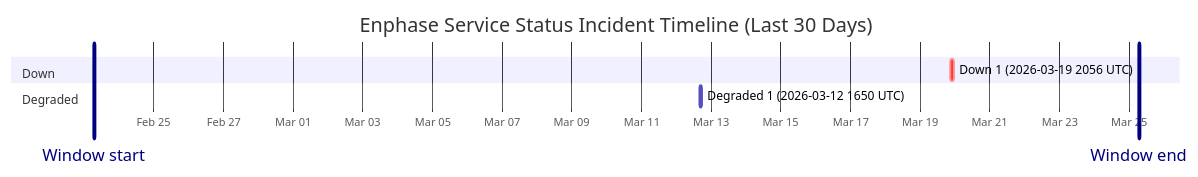
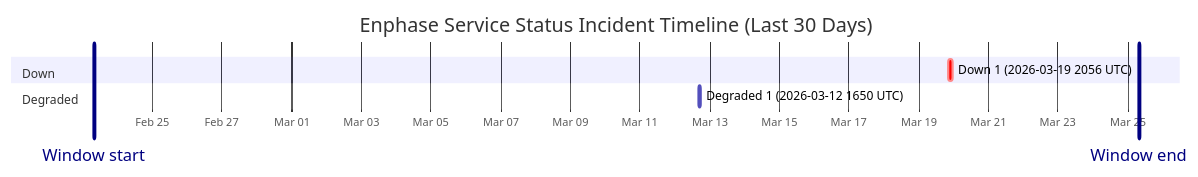
One commit to barneyonline/ha-enphase-ev-charger changed the diagram in wiki/Service-Status-History.md. Above: the diagram before and after it, drawn with Mermaid. The commit also changed other lines of this file and 3 other files, not shown here.

````diff
--- a/wiki/Service-Status-History.md
+++ b/wiki/Service-Status-History.md
@@ -14,12 +14,12 @@
 ```mermaid
 gantt
     title Enphase Service Status Incident Timeline (Last 30 Days)
     dateFormat  YYYY-MM-DDTHH:mm:ss
     axisFormat  %b %d
-    Window start :vert, window-start, 2026-02-23T06:52:30, 0ms
-    Window end :vert, window-end, 2026-03-25T06:52:30, 0ms
+    Window start :vert, window-start, 2026-02-23T07:46:57, 0ms
+    Window end :vert, window-end, 2026-03-25T07:46:57, 0ms
     section Down
     Down 1 (2026-03-19 2056 UTC) :crit, down-1, 2026-03-19T20:56:20, 145m
     section Degraded
     Degraded 1 (2026-03-12 1650 UTC) :active, degraded-1, 2026-03-12T16:50:43, 60m
 ```
````
